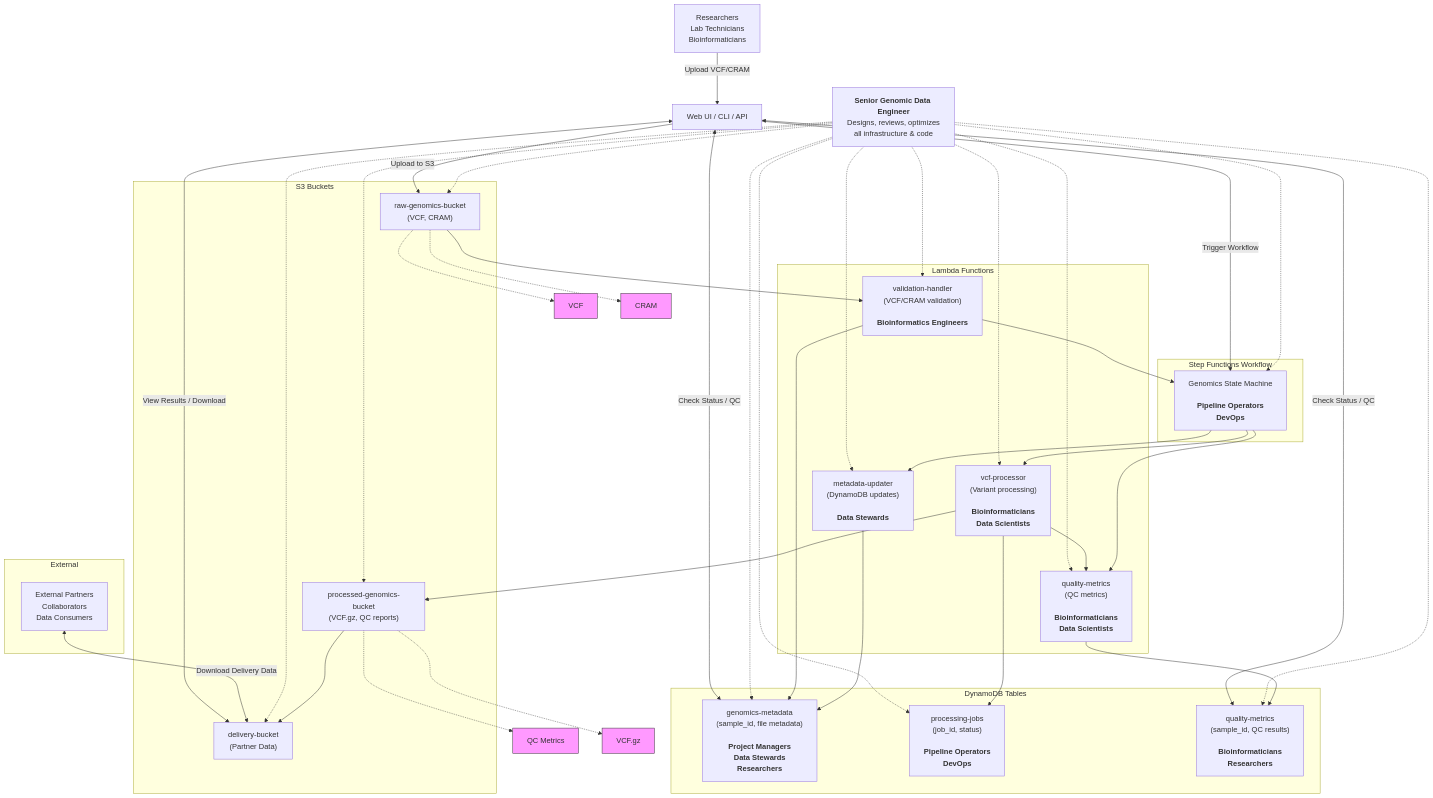
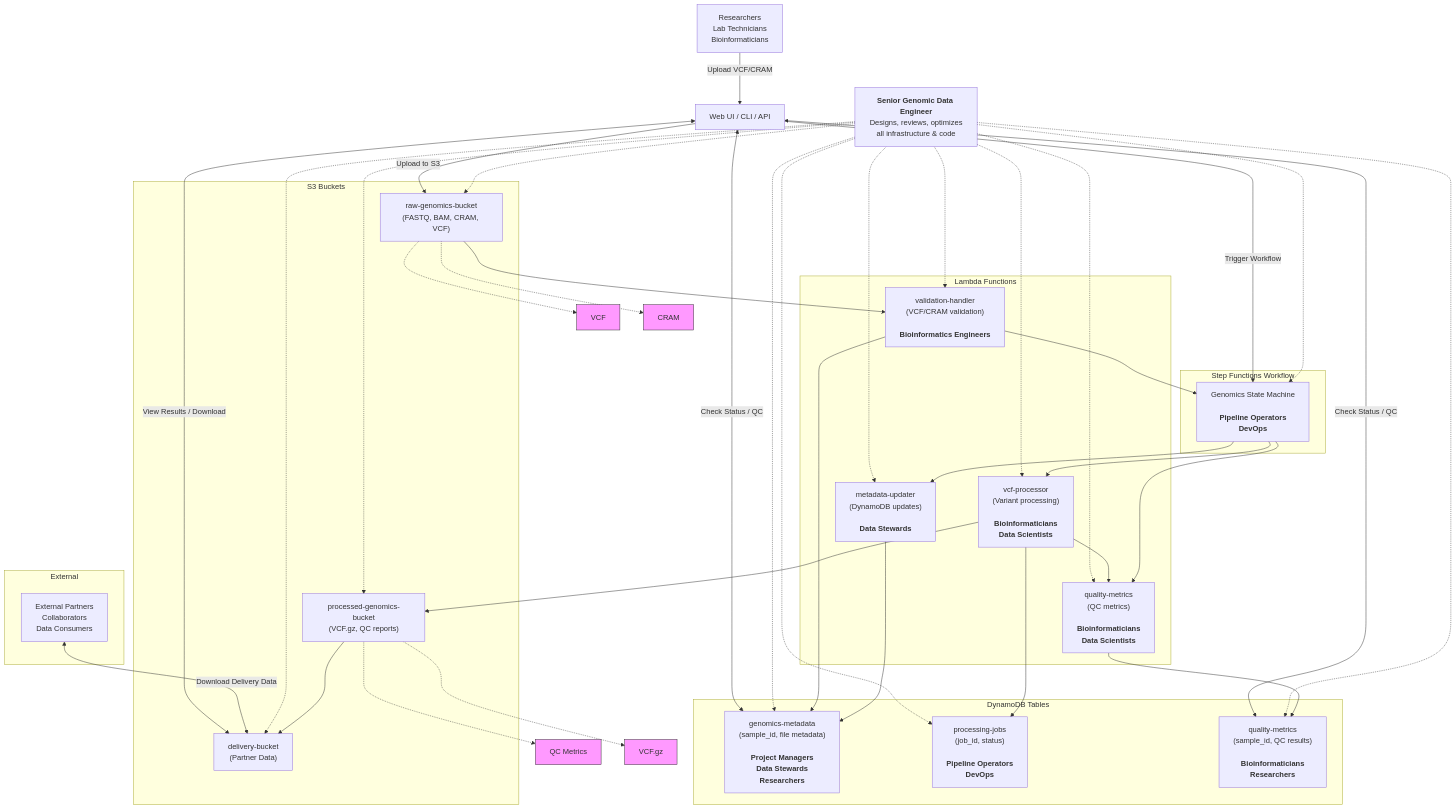
Before and after one commit to justin-mbca/genomic_data_etl: the diagram in README.md, drawn with Mermaid.

Commit message:
Update S3 bucket label to include FASTQ and BAM in architecture diagram

````diff
--- a/README.md
+++ b/README.md
@@ -7,80 +7,80 @@
 ```mermaid
 flowchart TD
 	UPL["Researchers<br>Lab Technicians<br>Bioinformaticians"]
 	UI["Web UI / CLI / API"]
 	SENG["<b>Senior Genomic Data Engineer</b><br>Designs, reviews, optimizes<br>all infrastructure & code"]
 
 	subgraph S3["S3 Buckets"]
-		RAW["raw-genomics-bucket<br>(VCF, CRAM)"]
+		RAW["raw-genomics-bucket<br>(FASTQ, BAM, CRAM, VCF)"]
 		PROCESSED["processed-genomics-bucket<br>(VCF.gz, QC reports)"]
 		DELIVERY["delivery-bucket<br>(Partner Data)"]
 	end
 
 	subgraph Lambda["Lambda Functions"]
 		VALIDATE["validation-handler<br>(VCF/CRAM validation)<br><br><b>Bioinformatics Engineers</b>"]
 		PROCESS["vcf-processor<br>(Variant processing)<br><br><b>Bioinformaticians<br>Data Scientists</b>"]
 		METRICS["quality-metrics<br>(QC metrics)<br><br><b>Bioinformaticians<br>Data Scientists</b>"]
 		METAUPD["metadata-updater<br>(DynamoDB updates)<br><br><b>Data Stewards</b>"]
 	end
 
 	subgraph DDB["DynamoDB Tables"]
 		META["genomics-metadata<br>(sample_id, file metadata)<br><br><b>Project Managers<br>Data Stewards<br>Researchers</b>"]
 		JOBS["processing-jobs<br>(job_id, status)<br><br><b>Pipeline Operators<br>DevOps</b>"]
 		QC["quality-metrics<br>(sample_id, QC results)<br><br><b>Bioinformaticians<br>Researchers</b>"]
 	end
 
 	subgraph SFN["Step Functions Workflow"]
 		WORKFLOW["Genomics State Machine<br><br><b>Pipeline Operators<br>DevOps</b>"]
 	end
 
 	subgraph EXT["External"]
 		PARTNERS["External Partners<br>Collaborators<br>Data Consumers"]
 	end
 
 	%% User Interactions
 	UPL -->|"Upload VCF/CRAM"| UI
 	UI -->|"Upload to S3"| RAW
 	UI -->|"Trigger Workflow"| WORKFLOW
 	UI <-->|"View Results / Download"| DELIVERY
 	UI <-->|"Check Status / QC"| META
 	UI <-->|"Check Status / QC"| QC
 	PARTNERS <-->|"Download Delivery Data"| DELIVERY
 
 	%% Senior Genomic Data Engineer Interactions
 	SENG -.-> RAW
 	SENG -.-> PROCESSED
 	SENG -.-> DELIVERY
 	SENG -.-> VALIDATE
 	SENG -.-> PROCESS
 	SENG -.-> METRICS
 	SENG -.-> METAUPD
 	SENG -.-> META
 	SENG -.-> JOBS
 	SENG -.-> QC
 	SENG -.-> WORKFLOW
 
 	RAW --> VALIDATE
 	VALIDATE --> META
 	VALIDATE --> WORKFLOW
 	WORKFLOW --> PROCESS
 	PROCESS --> PROCESSED
 	PROCESS --> JOBS
 	PROCESS --> METRICS
 	METRICS --> QC
 	PROCESSED --> DELIVERY
 	WORKFLOW --> METAUPD
 	METAUPD --> META
 	WORKFLOW --> METRICS
 
 	%% Data Types
 	classDef dataType fill:#f9f,stroke:#333,stroke-width:1px;
 	VCF["VCF"]:::dataType
 	CRAM["CRAM"]:::dataType
 	QC_METRICS["QC Metrics"]:::dataType
 	VCF_GZ["VCF.gz"]:::dataType
 
 	RAW -.-> VCF
 	RAW -.-> CRAM
 	PROCESSED -.-> VCF_GZ
 	PROCESSED -.-> QC_METRICS
 ```
````
